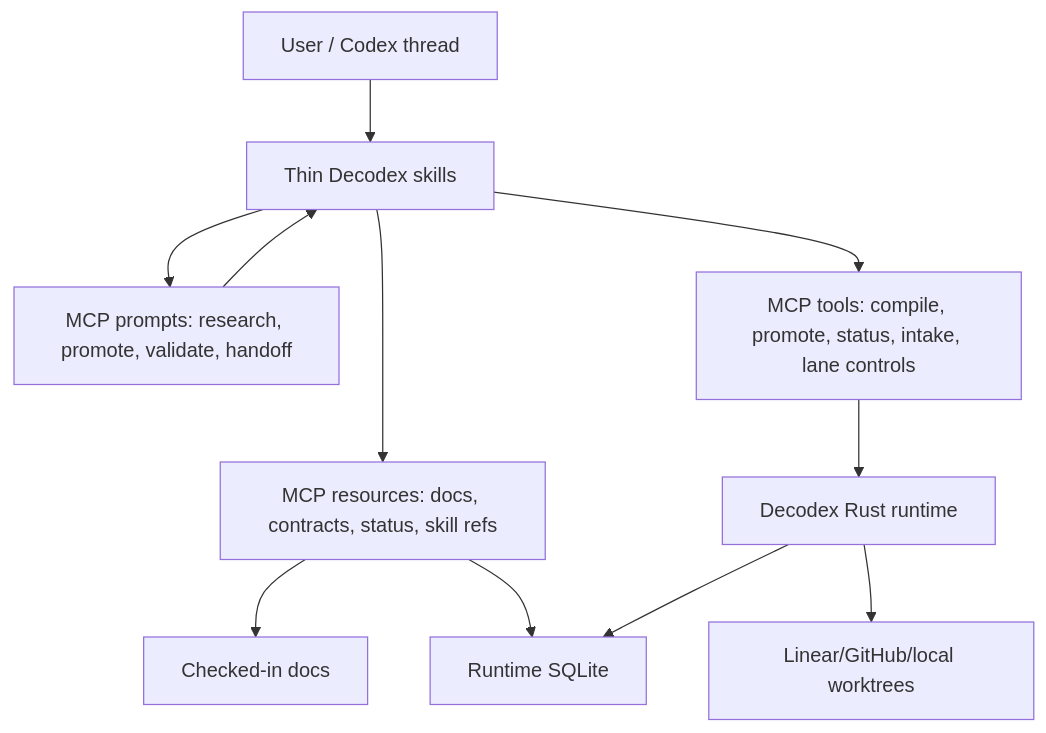
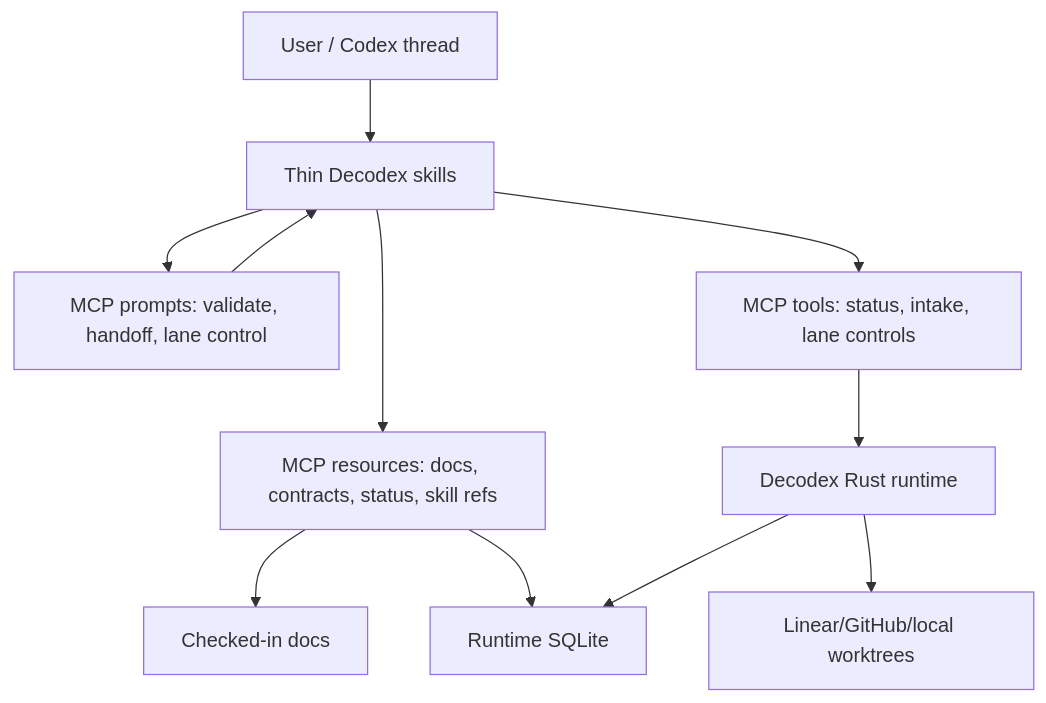
One commit to acg-box/decodex changed the diagram in docs/decisions/mcp-capability-gateway-and-skill-slimming.md. Above: the diagram before and after it, drawn with Mermaid. The commit also changed other lines of this file and 303 other files, not shown here.

Commit message:
{"schema":"decodex/commit/2","change":"{\"schema\":\"decodex/commit/1\",\"summary\":\"Retire generic plugins from Decodex\",\"authority\":\"manual\"}","authority":"manual","impact":"compatible"}

````diff
--- a/docs/decisions/mcp-capability-gateway-and-skill-slimming.md
+++ b/docs/decisions/mcp-capability-gateway-and-skill-slimming.md
@@ -82,13 +82,13 @@
 ```mermaid
 flowchart TD
     U["User / Codex thread"] --> S["Thin Decodex skills"]
-    S --> P["MCP prompts: research, promote, validate, handoff"]
+    S --> P["MCP prompts: validate, handoff, lane control"]
     S --> R["MCP resources: docs, contracts, status, skill refs"]
-    S --> T["MCP tools: compile, promote, status, intake, lane controls"]
+    S --> T["MCP tools: status, intake, lane controls"]
     R --> D["Checked-in docs"]
     R --> DB["Runtime SQLite"]
     T --> C["Decodex Rust runtime"]
     C --> DB
     C --> L["Linear/GitHub/local worktrees"]
     P --> S
 ```
````
